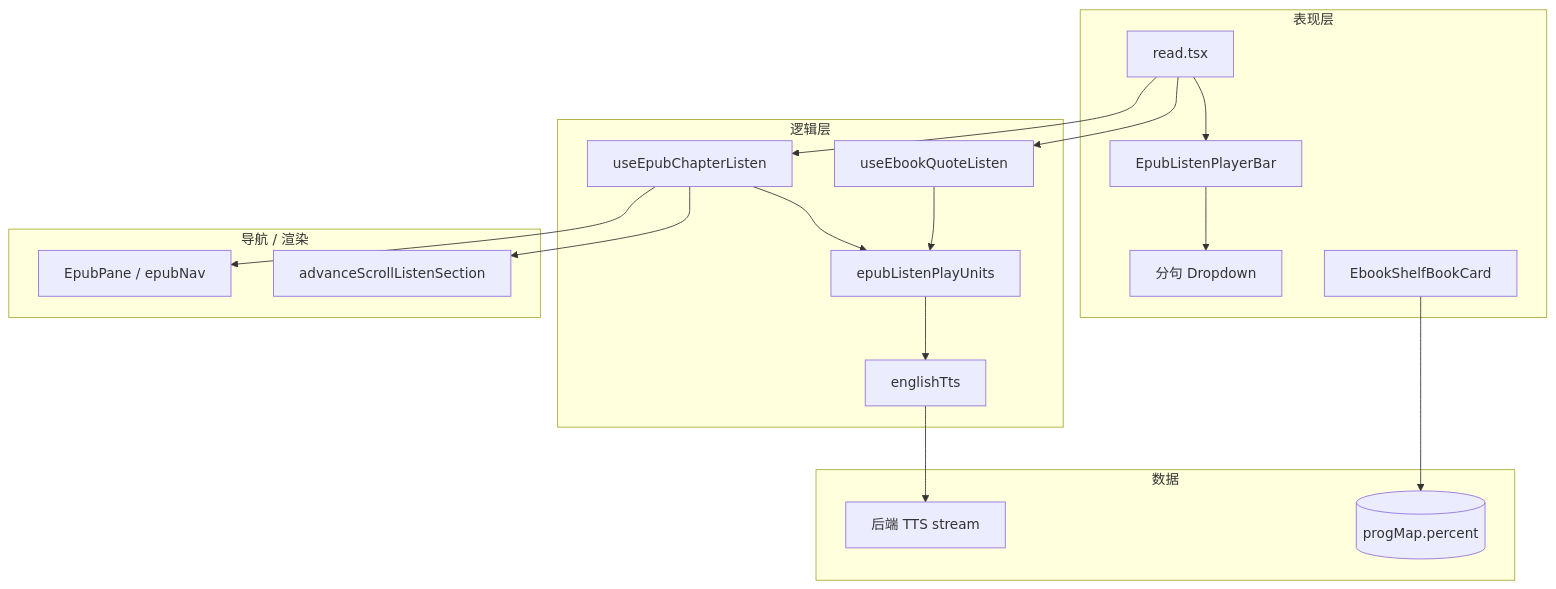
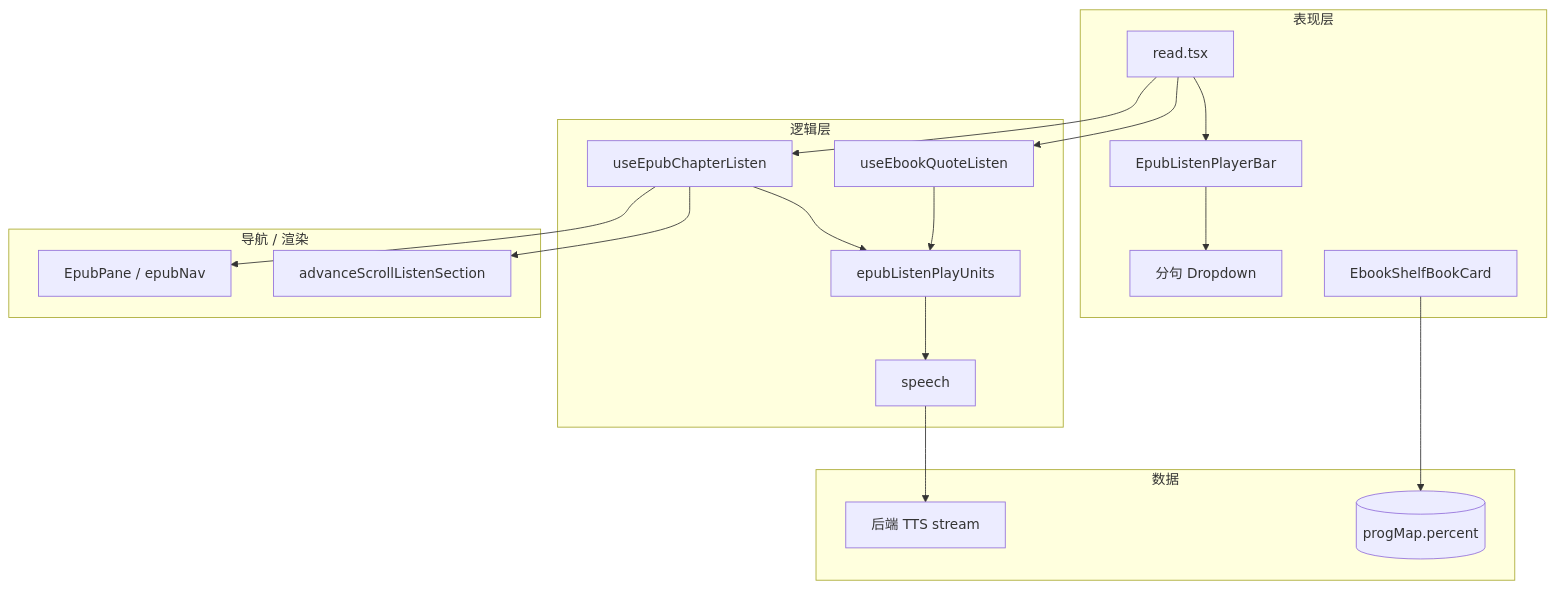
The first of 4 diagrams in docs/ideas/epub-listen-playback-optimize.md (dnhyxc/dnhyxc-ai), drawn with Mermaid before and after one commit. The commit also changed other lines of this file and 111 other files, not shown here.

````diff
--- a/docs/ideas/epub-listen-playback-optimize.md
+++ b/docs/ideas/epub-listen-playback-optimize.md
@@ -99,34 +99,34 @@
 ```mermaid
 flowchart TB
   subgraph UI [表现层]
     Read[read.tsx]
     Bar[EpubListenPlayerBar]
     Menu[分句 Dropdown]
     Shelf[EbookShelfBookCard]
   end
   subgraph Logic [逻辑层]
     ChHook[useEpubChapterListen]
     QHook[useEbookQuoteListen]
     Units[epubListenPlayUnits]
-    Tts[englishTts]
+    Tts[speech]
   end
   subgraph Nav [导航 / 渲染]
     Pane[EpubPane / epubNav]
     Advance[advanceScrollListenSection]
   end
   subgraph Data [数据]
     API[后端 TTS stream]
     Prog[(progMap.percent)]
   end
   Read --> Bar
   Read --> ChHook
   Read --> QHook
   Bar --> Menu
   ChHook --> Units
   QHook --> Units
   Units --> Tts
   Tts --> API
   ChHook --> Pane
   ChHook --> Advance
   Shelf --> Prog
 ```
````
